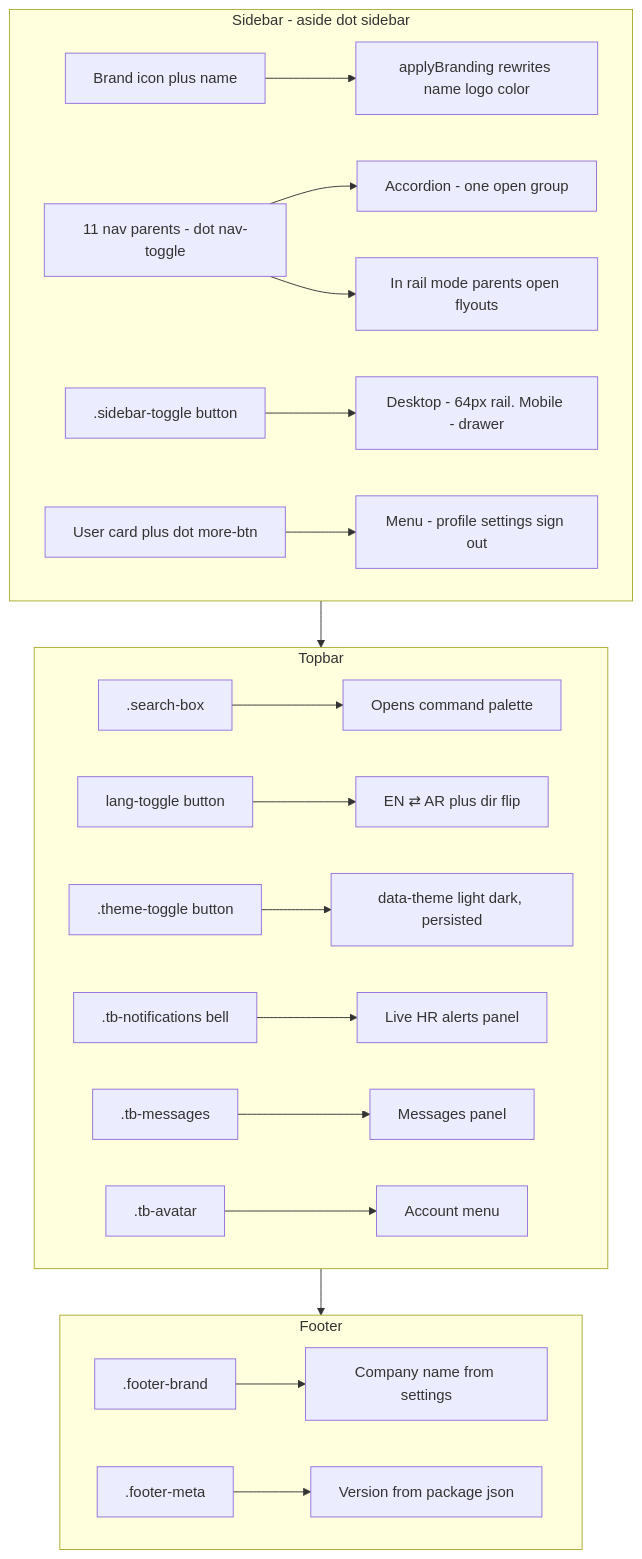
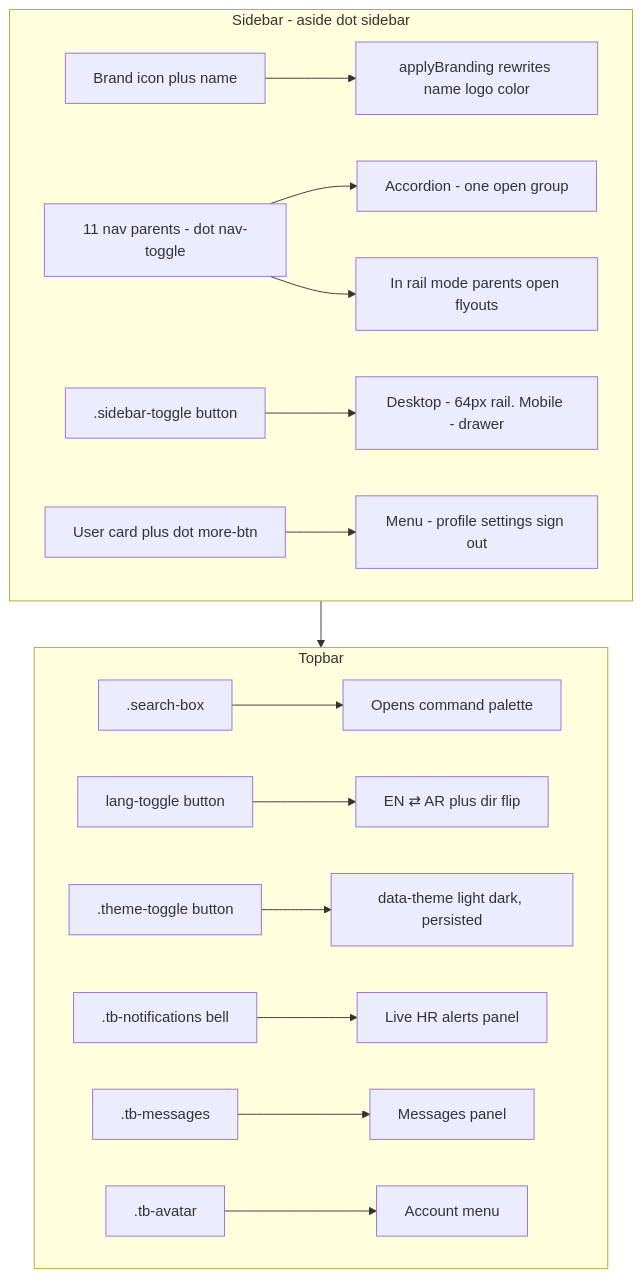
The third of 8 diagrams in docs/architecture-blueprint.md (ar4web/Dash), drawn with Mermaid before and after one commit. The commit also changed other lines of this file and 12 other files, not shown here.

First line of the commit message:
Remove shell footer chrome (brand + version labels)

````diff
--- a/docs/architecture-blueprint.md
+++ b/docs/architecture-blueprint.md
@@ -65,24 +65,19 @@
 ```mermaid
 flowchart TB
     subgraph SB[Sidebar - aside dot sidebar]
         BR[Brand icon plus name] --> AP[applyBranding rewrites name logo color]
         NT[11 nav parents - dot nav-toggle] --> ACC[Accordion - one open group]
         NT --> RAIL[In rail mode parents open flyouts]
         ST[.sidebar-toggle button] --> RD[Desktop - 64px rail. Mobile - drawer]
         UC[User card plus dot more-btn] --> ME[Menu - profile settings sign out]
     end
     subgraph TP[Topbar]
         SB2[.search-box] --> PL[Opens command palette]
         LT[lang-toggle button] --> LG[EN ⇄ AR plus dir flip]
         TT[.theme-toggle button] --> TH[data-theme light dark, persisted]
         NB[.tb-notifications bell] --> NP[Live HR alerts panel]
         MB[.tb-messages] --> MP[Messages panel]
         AV[.tb-avatar] --> ME2[Account menu]
     end
-    subgraph FT[Footer]
-        FB[.footer-brand] --> BN[Company name from settings]
-        FV[.footer-meta] --> VS[Version from package json]
-    end
     SB --> TP
-    TP --> FT
 ```
````
